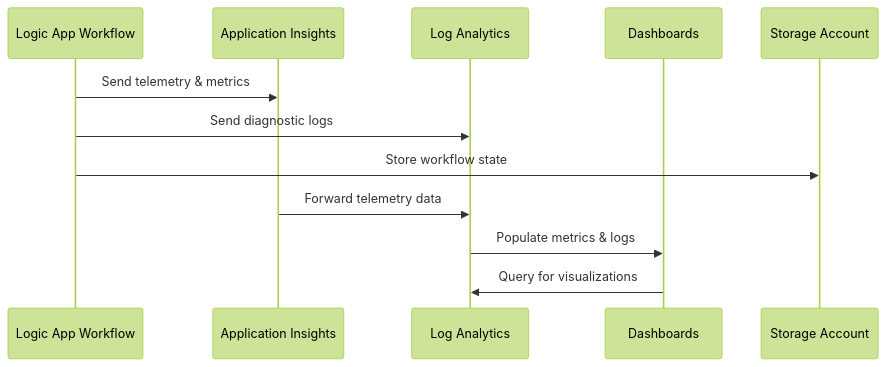
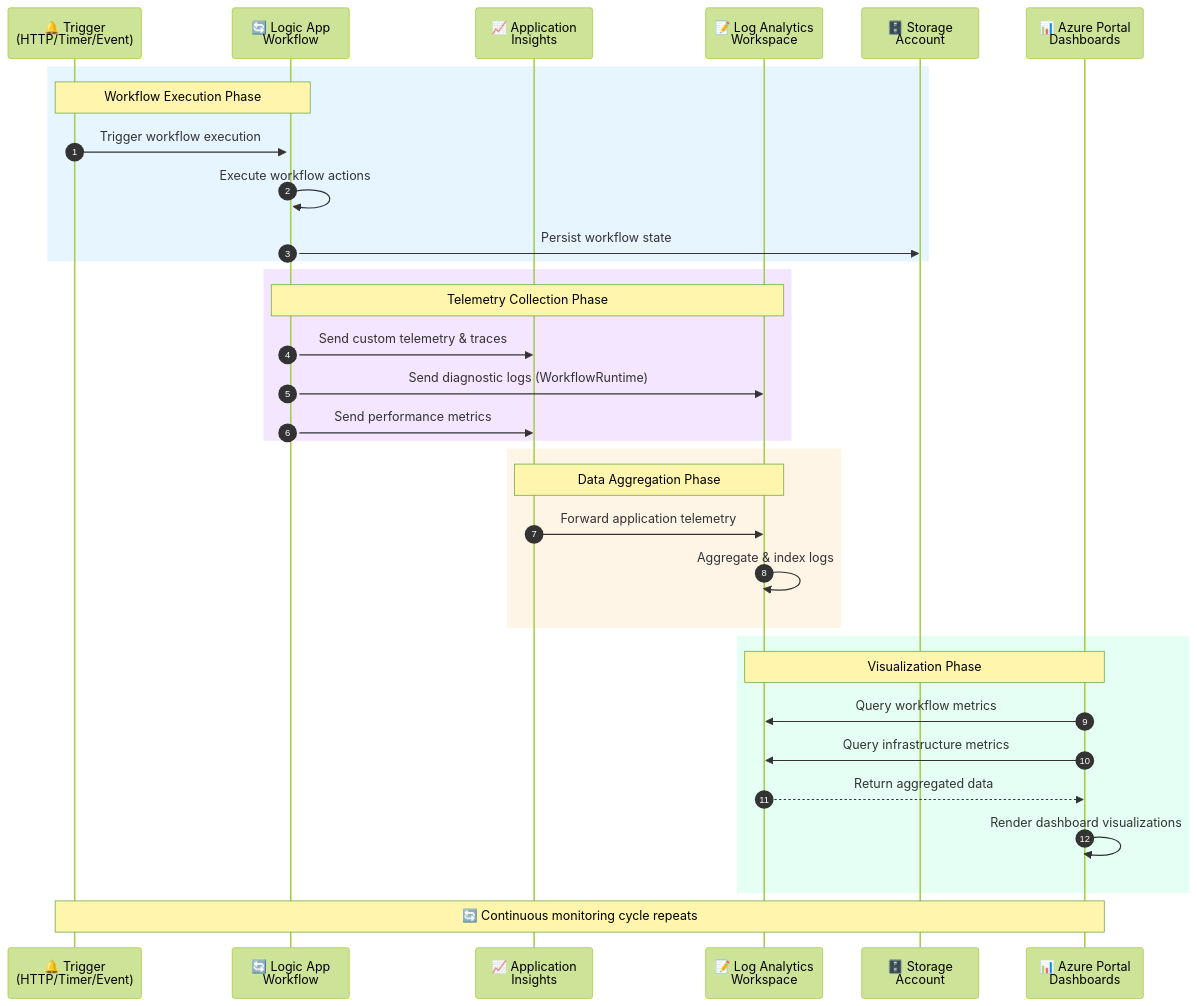
One commit to Evilazaro/Azure-LogicApps-Monitoring changed the second of 2 diagrams in README.md. Above: the diagram before and after it, drawn with Mermaid (forest theme). The commit also changed other lines of this file, not shown here.

````diff
--- a/README.md
+++ b/README.md
@@ -109,15 +151,41 @@
 ```mermaid
 sequenceDiagram
-    participant LW as Logic App Workflow
-    participant AI as Application Insights
-    participant LAW as Log Analytics
-    participant D as Dashboards
-    participant SA as Storage Account
+    autonumber
     
-    LW->>AI: Send telemetry & metrics
-    LW->>LAW: Send diagnostic logs
-    LW->>SA: Store workflow state
-    AI->>LAW: Forward telemetry data
-    LAW->>D: Populate metrics & logs
-    D->>LAW: Query for visualizations
+    participant T as 🔔 Trigger<br/>(HTTP/Timer/Event)
+    participant LW as 🔄 Logic App<br/>Workflow
+    participant AI as 📈 Application<br/>Insights
+    participant LAW as 📝 Log Analytics<br/>Workspace
+    participant SA as 🗄️ Storage<br/>Account
+    participant D as 📊 Azure Portal<br/>Dashboards
+    
+    rect rgb(230, 245, 255)
+        Note over T,LW: Workflow Execution Phase
+        T->>+LW: Trigger workflow execution
+        LW->>LW: Execute workflow actions
+        LW->>SA: Persist workflow state
+    end
+    
+    rect rgb(245, 230, 255)
+        Note over LW,LAW: Telemetry Collection Phase
+        LW->>AI: Send custom telemetry & traces
+        LW->>LAW: Send diagnostic logs (WorkflowRuntime)
+        LW->>AI: Send performance metrics
+    end
+    
+    rect rgb(255, 245, 230)
+        Note over AI,LAW: Data Aggregation Phase
+        AI->>LAW: Forward application telemetry
+        LAW->>LAW: Aggregate & index logs
+    end
+    
+    rect rgb(230, 255, 245)
+        Note over LAW,D: Visualization Phase
+        D->>LAW: Query workflow metrics
+        D->>LAW: Query infrastructure metrics
+        LAW-->>D: Return aggregated data
+        D->>D: Render dashboard visualizations
+    end
+    
+    Note over T,D: 🔄 Continuous monitoring cycle repeats
 ```
````
